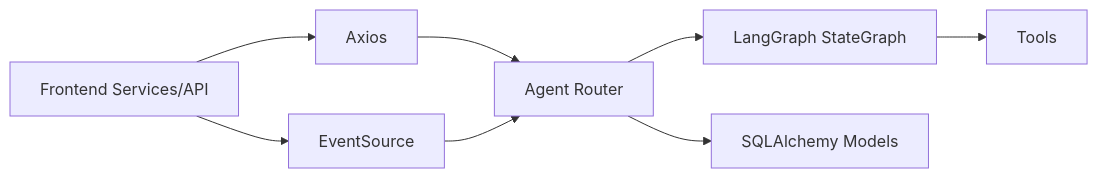
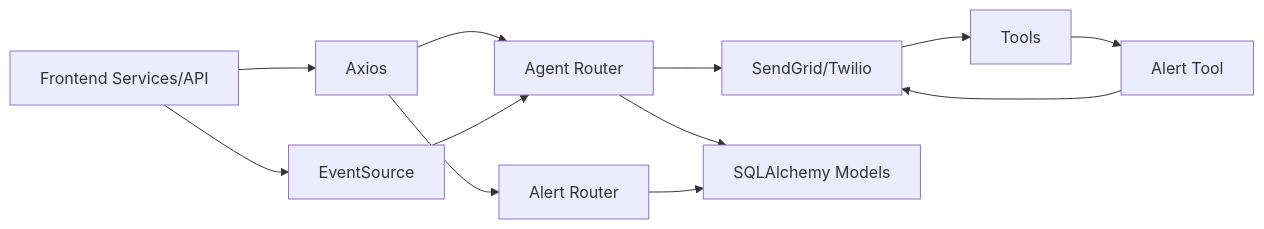
The eighth of 8 diagrams in .qoder/repowiki/en/content/Development Guidelines/Testing Strategies and Quality Assurance.md (ishwarambare/ishwarambare-app), drawn with Mermaid before and after one commit. The commit also changed other lines of this file and 4 other files, not shown here.

````diff
--- a/.qoder/repowiki/en/content/Development Guidelines/Testing Strategies and Quality Assurance.md
+++ b/.qoder/repowiki/en/content/Development Guidelines/Testing Strategies and Quality Assurance.md
@@ -349,10 +462,14 @@
 ```mermaid
 graph LR
 FE["Frontend Services/API"] --> AX["Axios"]
 FE --> ES["EventSource"]
 AX --> RT["Agent Router"]
+AX --> AR["Alert Router"]
 ES --> RT
 RT --> SG["LangGraph StateGraph"]
 SG --> TL["Tools"]
+TL --> AT["Alert Tool"]
+AT --> SG["SendGrid/Twilio"]
 RT --> DB["SQLAlchemy Models"]
+AR --> DB
 ```
````
